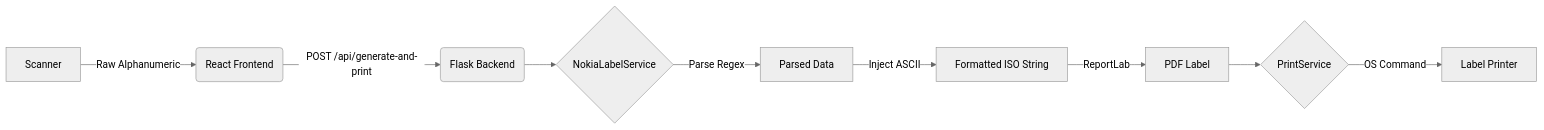
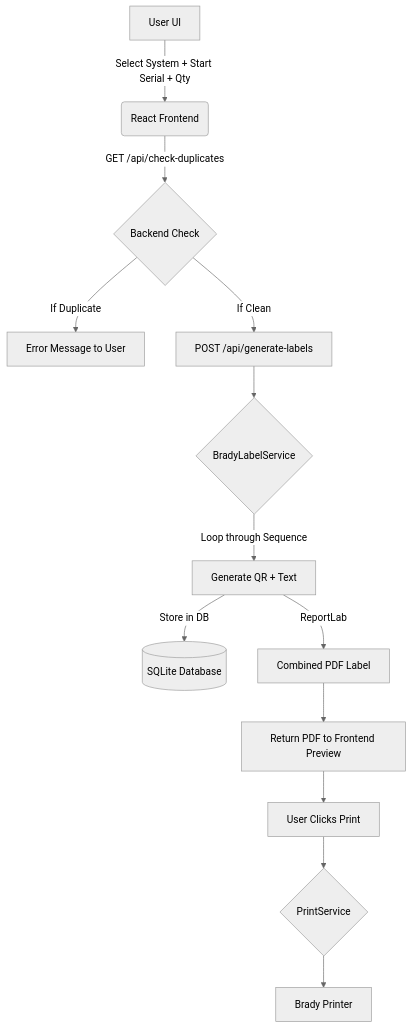
The diagram in memory-bank/systemPatterns.md (ananthcjayan12/Brady-auto-label-date), drawn with Mermaid (neutral theme) before and after one commit. The commit also changed other lines of this file and 20 other files, not shown here.

Commit message:
feat: Rebrand and refactor the project from a Nokia Scan-to-Print system to a Brady Auto Label Date system with QR code generation, sequential numbering, and duplicate prevention.

````diff
--- a/memory-bank/systemPatterns.md
+++ b/memory-bank/systemPatterns.md
@@ -31,11 +30,15 @@
 ```mermaid
-graph LR
-    A[Scanner] -->|Raw Alphanumeric| B(React Frontend)
-    B -->|POST /api/generate-and-print| C(Flask Backend)
-    C --> D{NokiaLabelService}
-    D -->|Parse Regex| E[Parsed Data]
-    E -->|Inject ASCII| F[Formatted ISO String]
-    F -->|ReportLab| G[PDF Label]
-    G --> H{PrintService}
-    H -->|OS Command| I[Label Printer]
+graph TD
+    A[User UI] -->|Select System + Start Serial + Qty| B(React Frontend)
+    B -->|GET /api/check-duplicates| C{Backend Check}
+    C -->|If Duplicate| D[Error Message to User]
+    C -->|If Clean| E[POST /api/generate-labels]
+    E --> F{BradyLabelService}
+    F -->|Loop through Sequence| G[Generate QR + Text]
+    G -->|Store in DB| H[(SQLite Database)]
+    G -->|ReportLab| I[Combined PDF Label]
+    I --> J[Return PDF to Frontend Preview]
+    J --> K[User Clicks Print]
+    K --> L{PrintService}
+    L --> M[Brady Printer]
 ```
````
